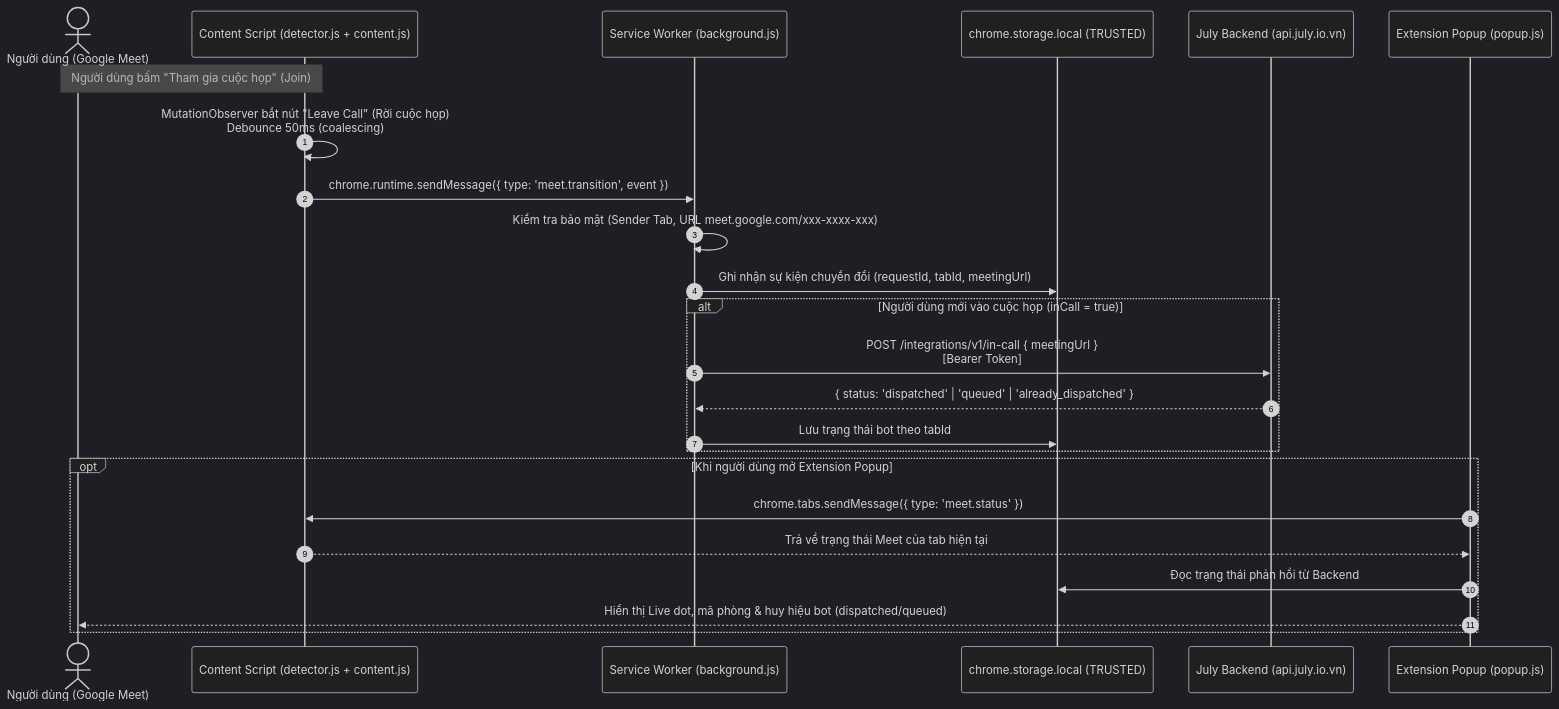
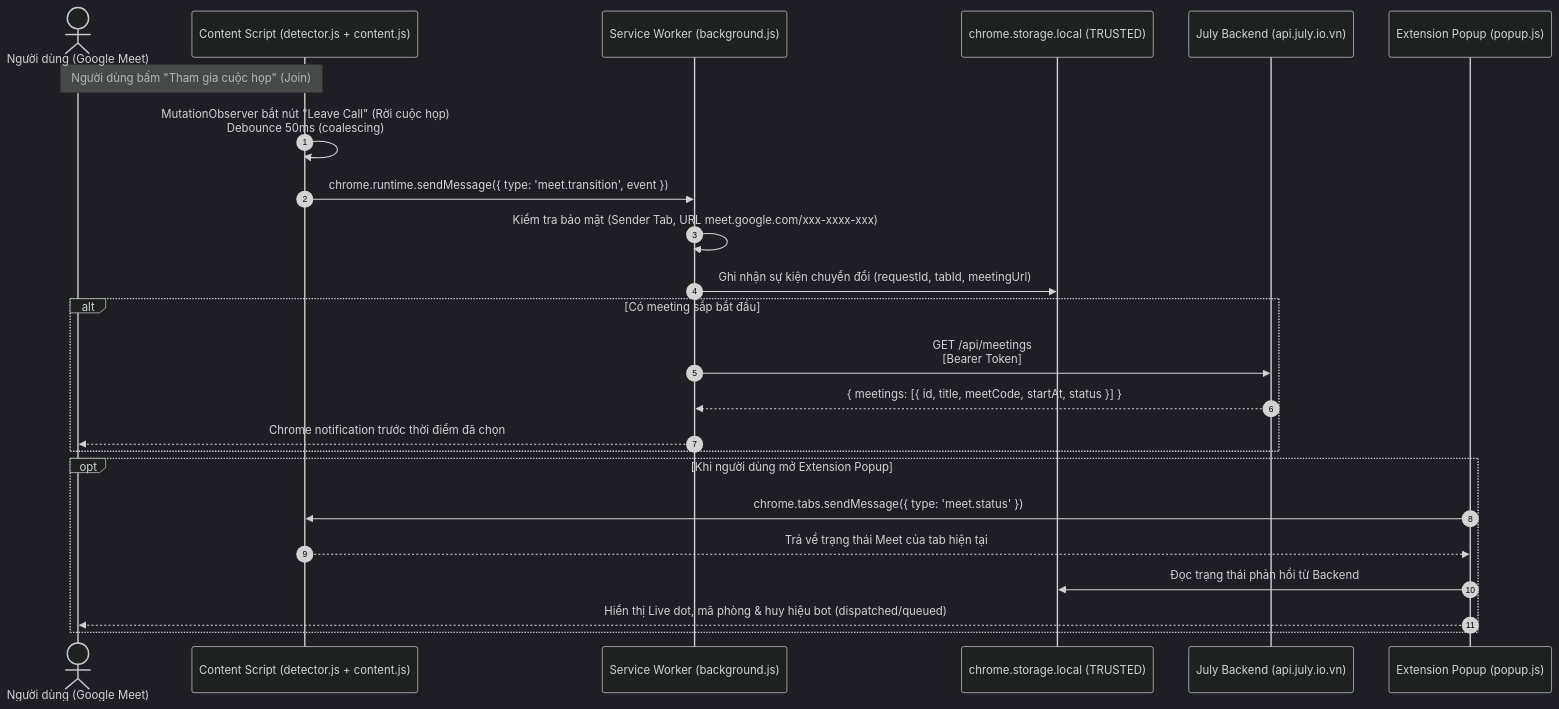
Before and after one commit to tranngoc8x/meeting-extension: the diagram in README.md, drawn with Mermaid (dark theme). The commit also changed other lines of this file and 26 other files, not shown here.

Commit message:
feat: add calendar meeting reminders and notification support

````diff
--- a/README.md
+++ b/README.md
@@ -83,29 +83,29 @@
 ```mermaid
 sequenceDiagram
     autonumber
     actor User as Người dùng (Google Meet)
     participant CS as Content Script (detector.js + content.js)
     participant SW as Service Worker (background.js)
     participant Storage as chrome.storage.local (TRUSTED)
     participant Backend as July Backend (api.july.io.vn)
     participant Popup as Extension Popup (popup.js)
 
     Note over User,CS: Người dùng bấm "Tham gia cuộc họp" (Join)
     CS->>CS: MutationObserver bắt nút "Leave Call" (Rời cuộc họp)<br/>Debounce 50ms (coalescing)
     CS->>SW: chrome.runtime.sendMessage({ type: 'meet.transition', event })
     SW->>SW: Kiểm tra bảo mật (Sender Tab, URL meet.google.com/xxx-xxxx-xxx)
     SW->>Storage: Ghi nhận sự kiện chuyển đổi (requestId, tabId, meetingUrl)
     
-    alt Người dùng mới vào cuộc họp (inCall = true)
-        SW->>Backend: POST /integrations/v1/in-call { meetingUrl }<br/>[Bearer Token]
-        Backend-->>SW: { status: 'dispatched' | 'queued' | 'already_dispatched' }
-        SW->>Storage: Lưu trạng thái bot theo tabId
+        alt Có meeting sắp bắt đầu
+        SW->>Backend: GET /api/meetings<br/>[Bearer Token]
+        Backend-->>SW: { meetings: [{ id, title, meetCode, startAt, status }] }
+        SW-->>User: Chrome notification trước thời điểm đã chọn
     end
 
     opt Khi người dùng mở Extension Popup
         Popup->>CS: chrome.tabs.sendMessage({ type: 'meet.status' })
         CS-->>Popup: Trả về trạng thái Meet của tab hiện tại
         Popup->>Storage: Đọc trạng thái phản hồi từ Backend
         Popup-->>User: Hiển thị Live dot, mã phòng & huy hiệu bot (dispatched/queued)
     end
 ```
````
